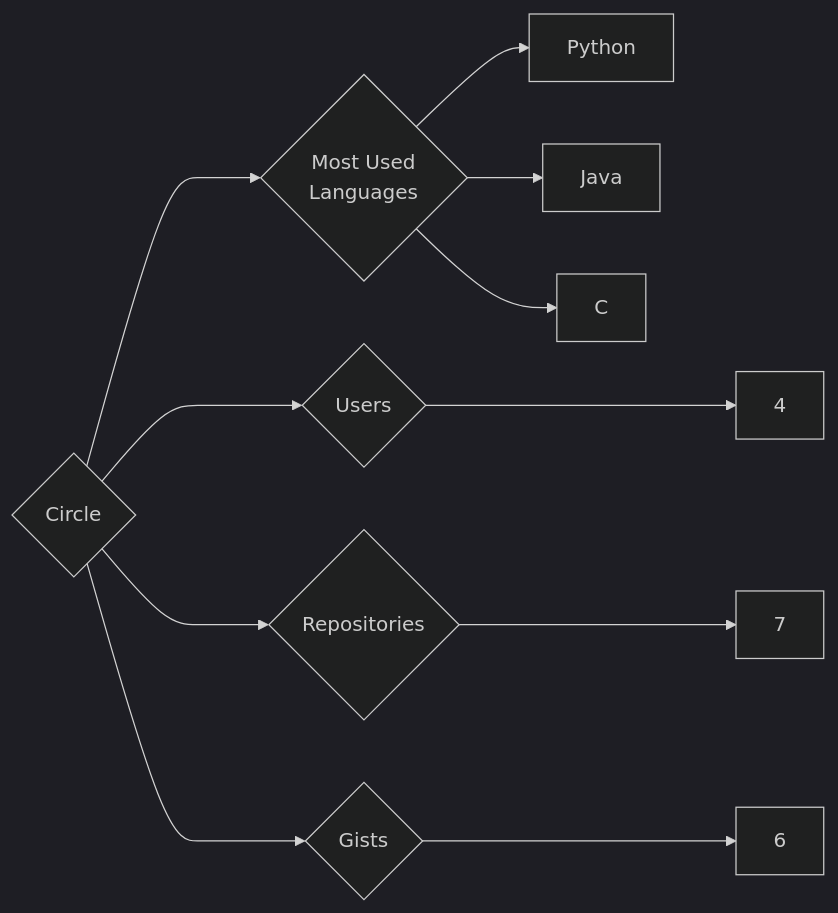
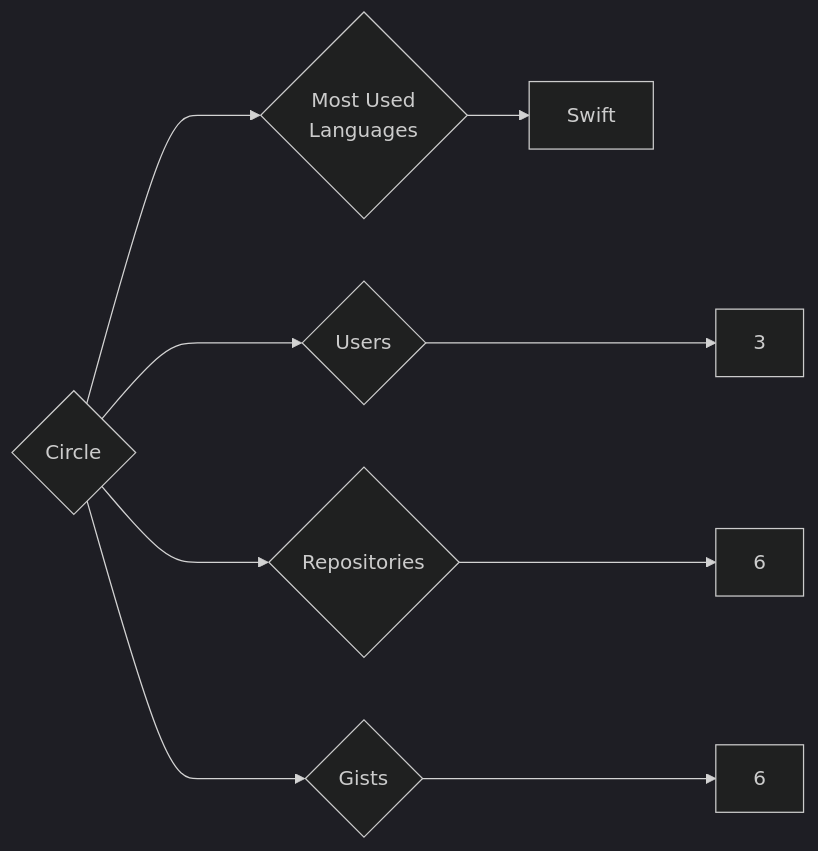
One commit to trickest/insiders changed the diagram in targets/Circle/README.md. Above: the diagram before and after it, drawn with Mermaid (dark theme). The commit also changed 985 other files, not shown here.

````diff
--- a/targets/Circle/README.md
+++ b/targets/Circle/README.md
@@ -3,11 +3,9 @@
 ```mermaid
 graph LR
 COMPANY_NAME{Circle}
-COMPANY_NAME ---> U{Users} ---> UN[4]
-COMPANY_NAME ---> R{Repositories} ---> RN[7]
+COMPANY_NAME ---> U{Users} ---> UN[3]
+COMPANY_NAME ---> R{Repositories} ---> RN[6]
 COMPANY_NAME ---> G{Gists} ---> GN[6]
 COMPANY_NAME ---> ML{Most Used<br>Languages}
-ML --> Python[Python]
-ML --> Java[Java]
-ML --> C[C]
+ML --> Swift[Swift]
 ```
````
